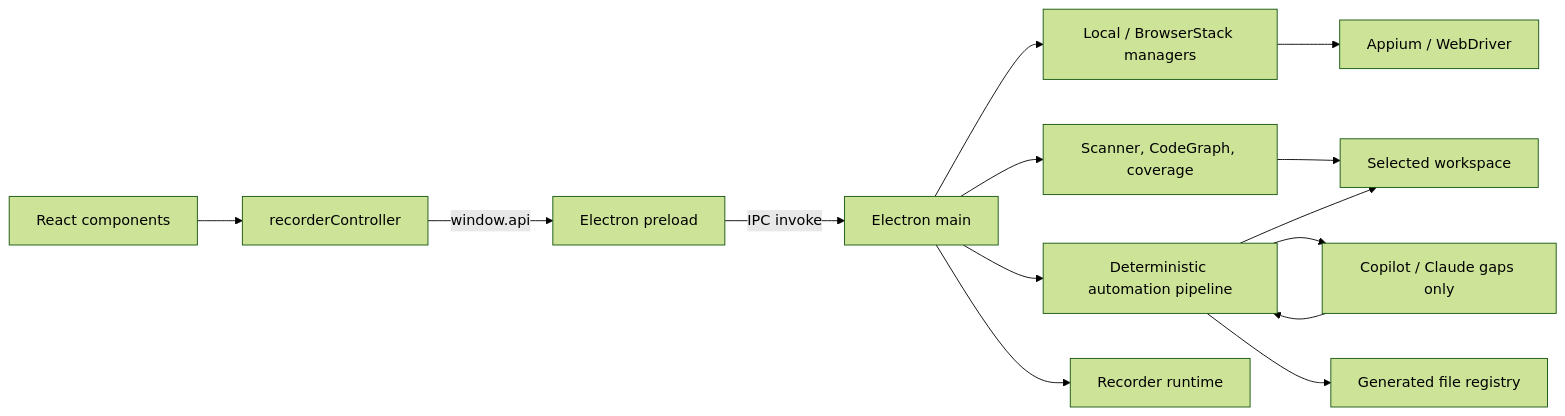
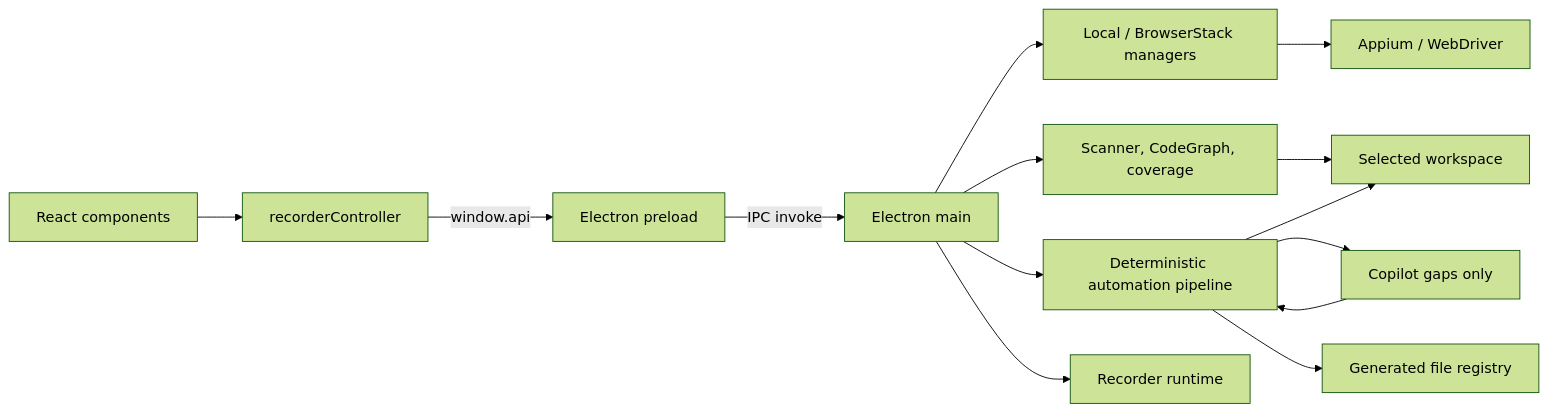
Before and after one commit to kevinhuamani-zorem/tool-mobile: the diagram in docs/ARCHITECTURE.md, drawn with Mermaid (forest theme). The commit also changed other lines of this file and 20 other files, not shown here.

````diff
--- a/docs/ARCHITECTURE.md
+++ b/docs/ARCHITECTURE.md
@@ -12,16 +11,16 @@
 ```mermaid
 flowchart LR
     UI[React components] --> RC[recorderController]
     RC -->|window.api| PL[Electron preload]
     PL -->|IPC invoke| MAIN[Electron main]
     MAIN --> SESSION[Local / BrowserStack managers]
     SESSION --> APPIUM[Appium / WebDriver]
     MAIN --> SCAN[Scanner, CodeGraph, coverage]
     MAIN --> PIPE[Deterministic automation pipeline]
     SCAN --> TARGET[Selected workspace]
-    PIPE --> AGENT[Copilot / Claude gaps only]
+    PIPE --> AGENT[Copilot gaps only]
     AGENT --> PIPE
     PIPE --> TARGET
     PIPE --> REG[Generated file registry]
     MAIN --> RUNTIME[Recorder runtime]
 ```
````
